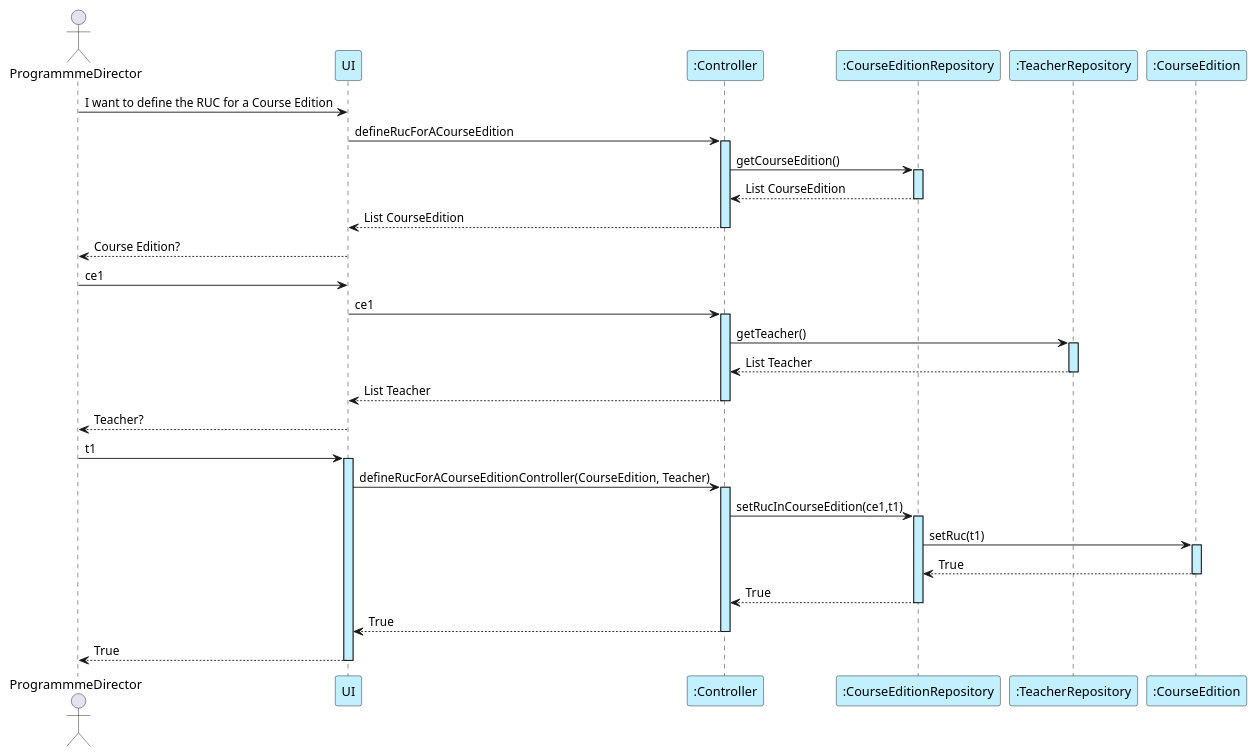
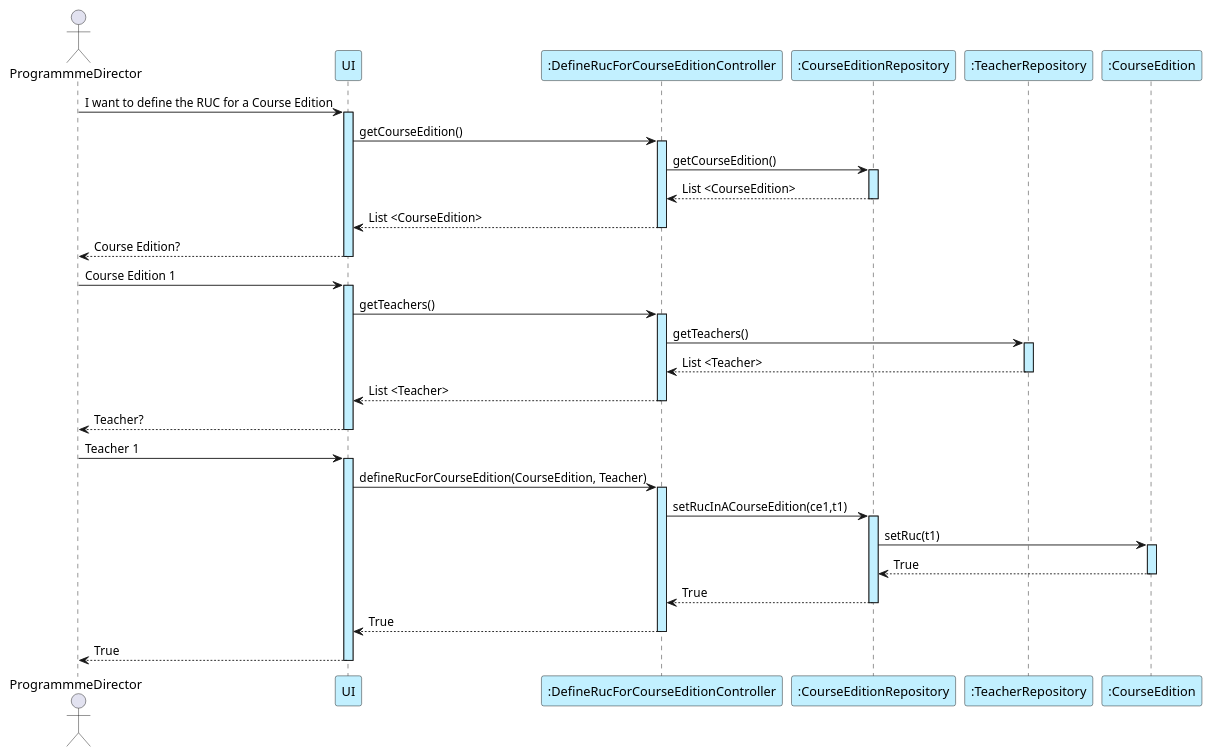
One commit to GasparISEP/DevOps-PAI changed the diagram in docs/sequenceSystemDiagrams/US20/US20_DefineRucForACourseEdition.puml. Above: the diagram before and after it, drawn with PlantUML. The commit also changed 2 other files, not shown here.

Commit message:
US20 sequence diagram update

```diff
--- a/docs/sequenceSystemDiagrams/US20/US20_DefineRucForACourseEdition.puml
+++ b/docs/sequenceSystemDiagrams/US20/US20_DefineRucForACourseEdition.puml
@@ -1,49 +1,49 @@
 @startuml
 actor ProgrammmeDirector as PD
 participant UI #application
-participant ":Controller" as C #application
+participant ":DefineRucForCourseEditionController" as C #application
 participant ":CourseEditionRepository" as CER #application
 participant ":TeacherRepository" as TR #application
 participant  ":CourseEdition" as CE #application
 
 
-PD -> UI : I want to define the RUC for a Course Edition
-UI -> C  : defineRucForACourseEdition
+PD -> UI ++ #application: I want to define the RUC for a Course Edition
+UI -> C  : getCourseEdition()
 activate C #application
 C -> CER :getCourseEdition()
 activate CER #application
-C <-- CER : List CourseEdition
+C <-- CER : List <CourseEdition>
 deactivate CER
-UI <-- C : List CourseEdition
+UI <-- C : List <CourseEdition>
 deactivate C
-PD <-- UI : Course Edition?
-PD -> UI: ce1
-UI-> C : ce1
+PD <-- UI --: Course Edition?
+PD -> UI ++ #application: Course Edition 1
+UI-> C : getTeachers()
 activate C #application
-C -> TR :getTeacher()
+C -> TR :getTeachers()
 activate TR #application
-TR --> C :List Teacher
+TR --> C :List <Teacher>
 deactivate TR
-C --> UI :List Teacher
+C --> UI :List <Teacher>
 deactivate C
-PD <-- UI : Teacher?
-PD -> UI: t1
+PD <-- UI -- : Teacher?
+PD -> UI: Teacher 1
 activate UI #application
-UI -> C : defineRucForACourseEditionController(CourseEdition, Teacher)
+UI -> C : defineRucForCourseEdition(CourseEdition, Teacher)
 activate C #application
-C -> CER : setRucInCourseEdition(ce1,t1)
+C -> CER : setRucInACourseEdition(ce1,t1)
 activate CER #application
 CER -> CE : setRuc(t1)
 activate CE #application
 CE --> CER :True
 deactivate CE
 CER --> C :True
 deactivate CER
 deactivate CE
 C --> UI :True
 deactivate C
 UI --> PD : True
-deactivate UI
+deactivate UI
 
 
 @enduml
```
